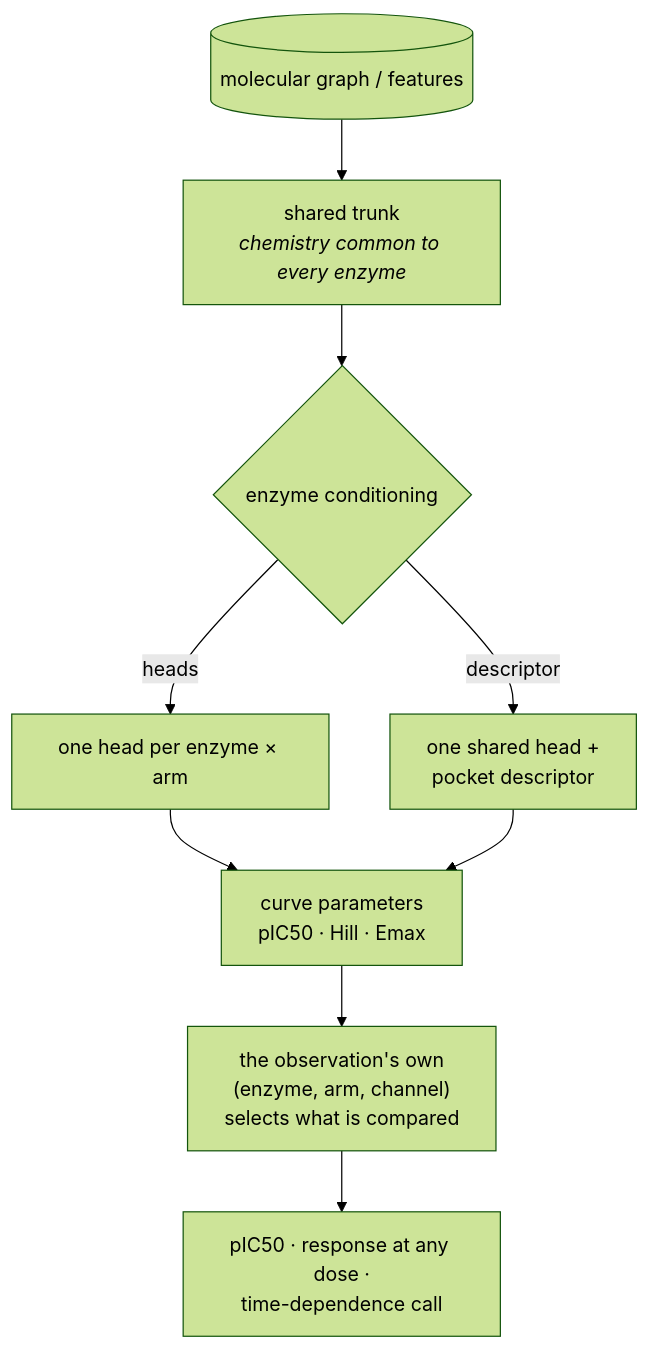
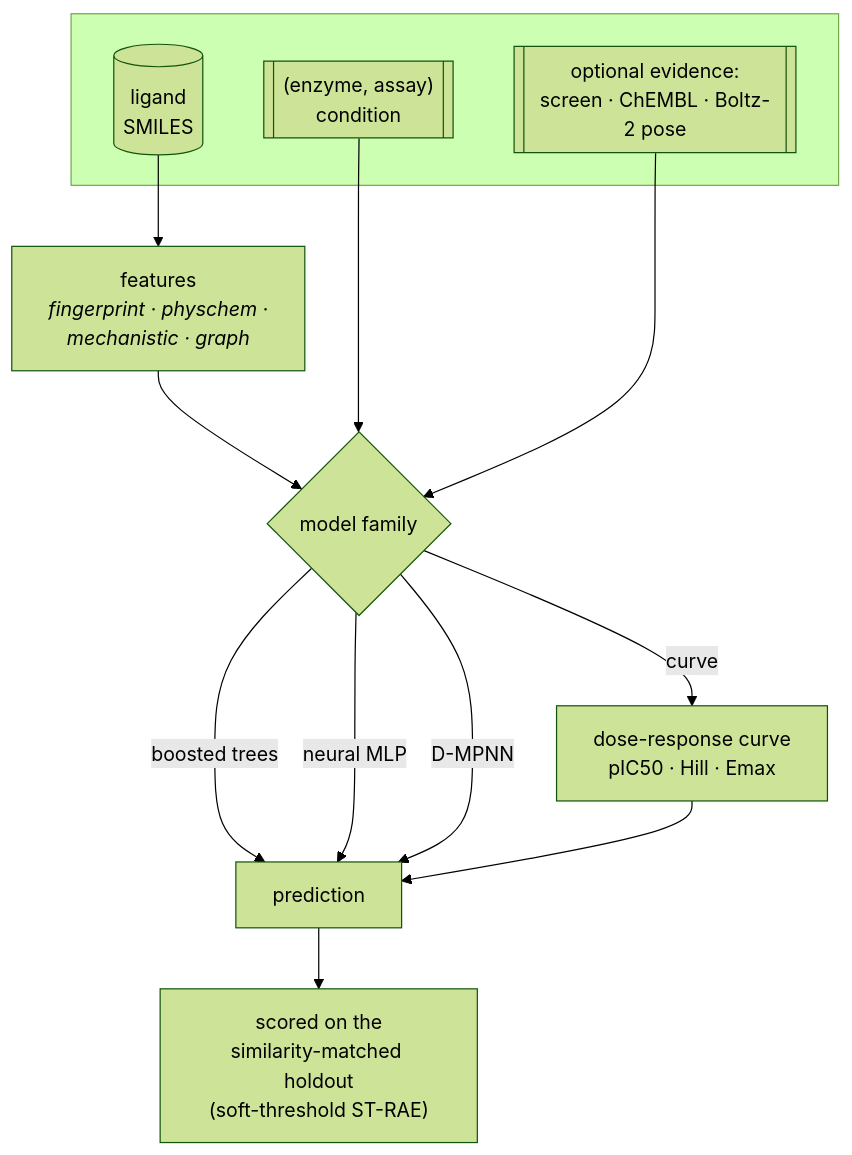
Before and after one commit to SimonCrouzet/CYP-Shift: the diagram in README.md, drawn with Mermaid (forest theme). The commit also changed other lines of this file, not shown here.

First line of the commit message:
Refresh the README architecture to the current, modular design

````diff
--- a/README.md
+++ b/README.md
@@ -110,11 +90,18 @@
 ```mermaid
 flowchart TD
-    D[("molecular graph / features")] --> T["shared trunk<br/><i>chemistry common to every enzyme</i>"]
-    T --> C{"enzyme conditioning"}
-    C -->|heads| H["one head per enzyme × arm"]
-    C -->|descriptor| S["one shared head +<br/>pocket descriptor"]
-    H --> P["curve parameters<br/>pIC50 · Hill · Emax"]
-    S --> P
-    P --> O["the observation's own<br/>(enzyme, arm, channel)<br/>selects what is compared"]
-    O --> R["pIC50 · response at any dose ·<br/>time-dependence call"]
+    subgraph inputs [" "]
+      L[("ligand<br/>SMILES")]
+      C[["(enzyme, assay)<br/>condition"]]
+      X[["optional evidence:<br/>screen · ChEMBL · Boltz-2 pose"]]
+    end
+    L --> F["features<br/><i>fingerprint · physchem ·<br/>mechanistic · graph</i>"]
+    F --> M{"model family"}
+    C --> M
+    X --> M
+    M -->|boosted trees| Y["prediction"]
+    M -->|neural MLP| Y
+    M -->|D-MPNN| Y
+    M -->|curve| CV["dose-response curve<br/>pIC50 · Hill · Emax"]
+    CV --> Y
+    Y --> S["scored on the<br/>similarity-matched holdout<br/>(soft-threshold ST-RAE)"]
 ```
````
